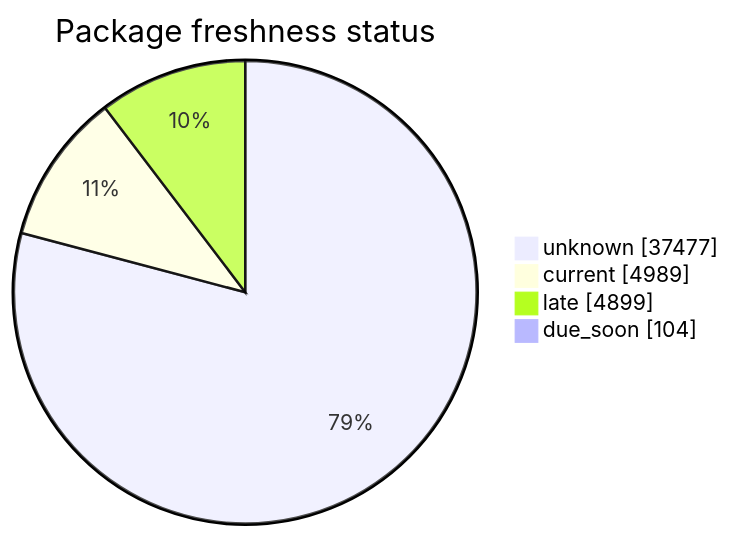
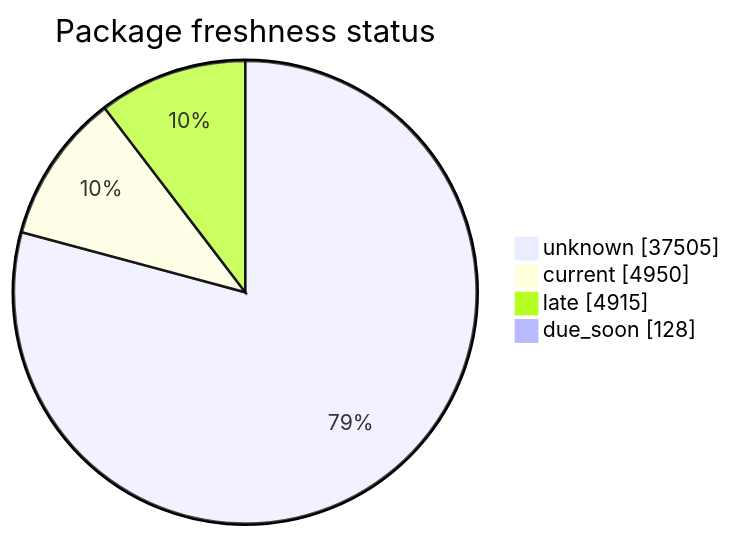
Before and after one commit to open-data/analytics-corporate-reporting: the second of 5 diagrams in FreshCheck/README.md, drawn with Mermaid. The commit also changed other lines of this file and 3 other files, not shown here.

````diff
--- a/FreshCheck/README.md
+++ b/FreshCheck/README.md
@@ -69,7 +69,7 @@
 ```mermaid
 pie showData title Package freshness status
-    "unknown": 37477
-    "current": 4989
-    "late": 4899
-    "due_soon": 104
+    "unknown": 37505
+    "current": 4950
+    "late": 4915
+    "due_soon": 128
 ```
````
